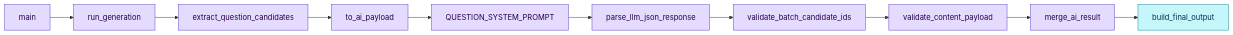
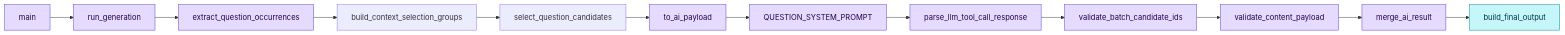
One commit to acquisit-ai/simple-audio-processing changed the sixth of 6 diagrams in 题目生成流程.md. Above: the diagram before and after it, drawn with Mermaid. The commit also changed other lines of this file and 6 other files, not shown here.

````diff
--- a/题目生成流程.md
+++ b/题目生成流程.md
@@ -565,18 +630,20 @@
 ```mermaid
 graph LR
     main["main"] --> run["run_generation"]
-    run --> filter["extract_question_candidates"]
-    filter --> payload["to_ai_payload"]
+    run --> filter["extract_question_occurrences"]
+    filter --> groups["build_context_selection_groups"]
+    groups --> select["select_question_candidates"]
+    select --> payload["to_ai_payload"]
     payload --> prompt["QUESTION_SYSTEM_PROMPT"]
-    prompt --> parse["parse_llm_json_response"]
+    prompt --> parse["parse_llm_tool_call_response"]
     parse --> idcheck["validate_batch_candidate_ids"]
     idcheck --> content["validate_content_payload"]
     content --> merge["merge_ai_result"]
     merge --> final["build_final_output"]
 
     classDef process fill:#e5dbff,stroke:#5f3dc4,color:#240046;
     classDef output fill:#c5f6fa,stroke:#0c8599,color:#003049;
 
     class main,run,filter,payload,prompt,parse,idcheck,content,merge process;
     class final output;
 ```
````
